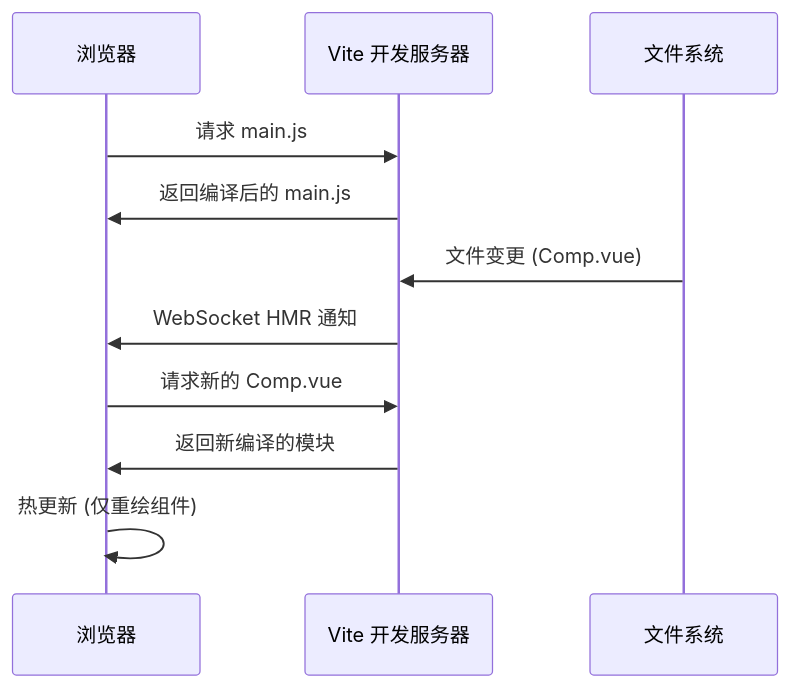
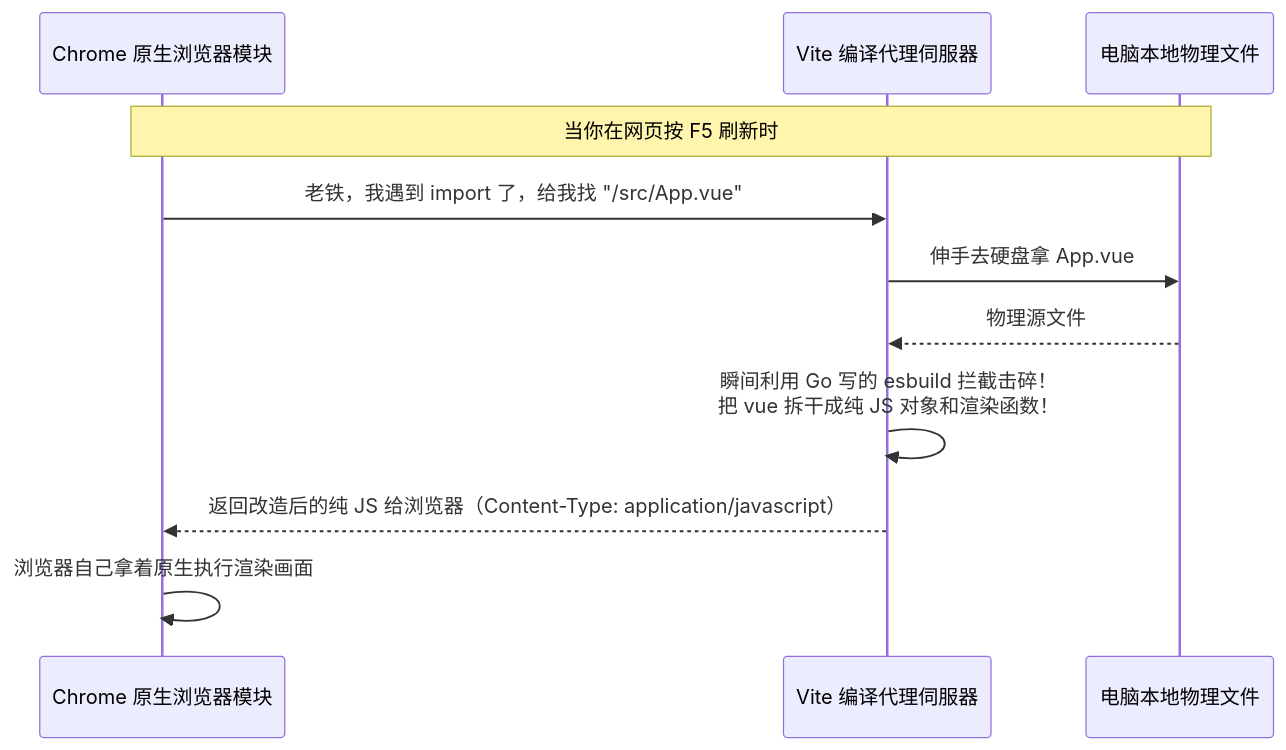
One commit to briefness/LZYBlog changed the diagram in docs/posts/Vue3/11_Ecosystem_and_Future.md. Above: the diagram before and after it, drawn with Mermaid. The commit also changed other lines of this file and 13 other files, not shown here.

````diff
--- a/docs/posts/Vue3/11_Ecosystem_and_Future.md
+++ b/docs/posts/Vue3/11_Ecosystem_and_Future.md
@@ -25,15 +18,17 @@
 ```mermaid
 sequenceDiagram
-    participant B as 浏览器
-    participant S as Vite 开发服务器
-    participant F as 文件系统
+    participant B as Chrome 原生浏览器模块
+    participant S as Vite 编译代理伺服器
+    participant F as 电脑本地物理文件
+
+    note over B, F: 当你在网页按 F5 刷新时
+    B->>S: 老铁，我遇到 import 了，给我找 "/src/App.vue"
     
-    B->>S: 请求 main.js
-    S->>B: 返回编译后的 main.js
+    S->>F: 伸手去硬盘拿 App.vue
+    F-->>S: 物理源文件
     
-    F->>S: 文件变更 (Comp.vue)
-    S->>B: WebSocket HMR 通知
-    B->>S: 请求新的 Comp.vue
-    S->>B: 返回新编译的模块
-    B->>B: 热更新 (仅重绘组件)
+    S->>S: 瞬间利用 Go 写的 esbuild 拦截击碎！<br/>把 vue 拆干成纯 JS 对象和渲染函数！
+    
+    S-->>B: 返回改造后的纯 JS 给浏览器（Content-Type: application/javascript）
+    B->>B: 浏览器自己拿着原生执行渲染画面
 ```
````
